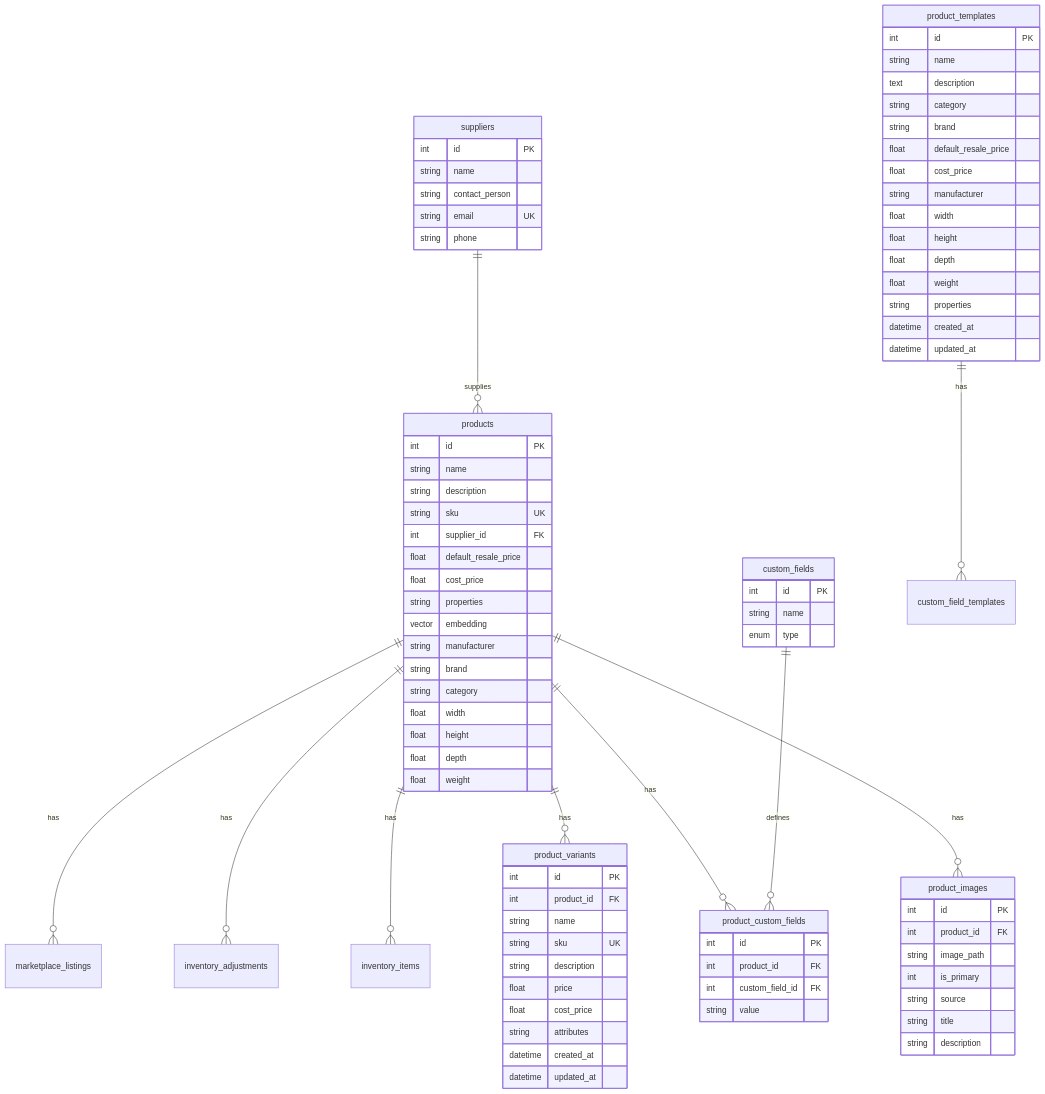
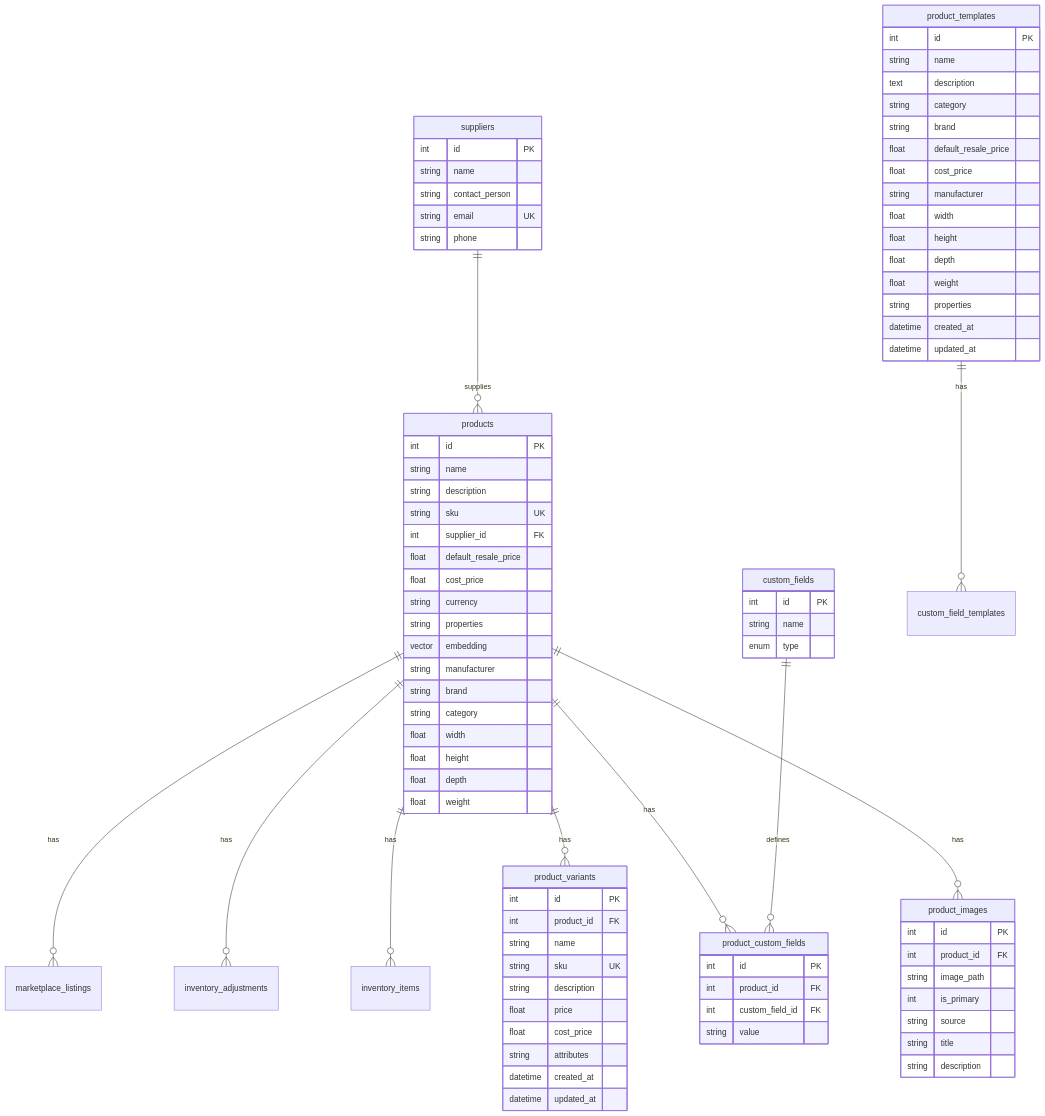
Before and after one commit to nickvander/fulcrum: the second of 12 diagrams in docs/concepts/database-architecture.md, drawn with Mermaid. The commit also changed other lines of this file and 16 other files, not shown here.

First line of the commit message:
Docs: fix stale facts, document shipped features, close roadmap items

```diff
--- a/docs/concepts/database-architecture.md
+++ b/docs/concepts/database-architecture.md
@@ -116,6 +124,7 @@
         int supplier_id FK
         float default_resale_price
         float cost_price
+        string currency
         string properties
         vector embedding
         string manufacturer
```
